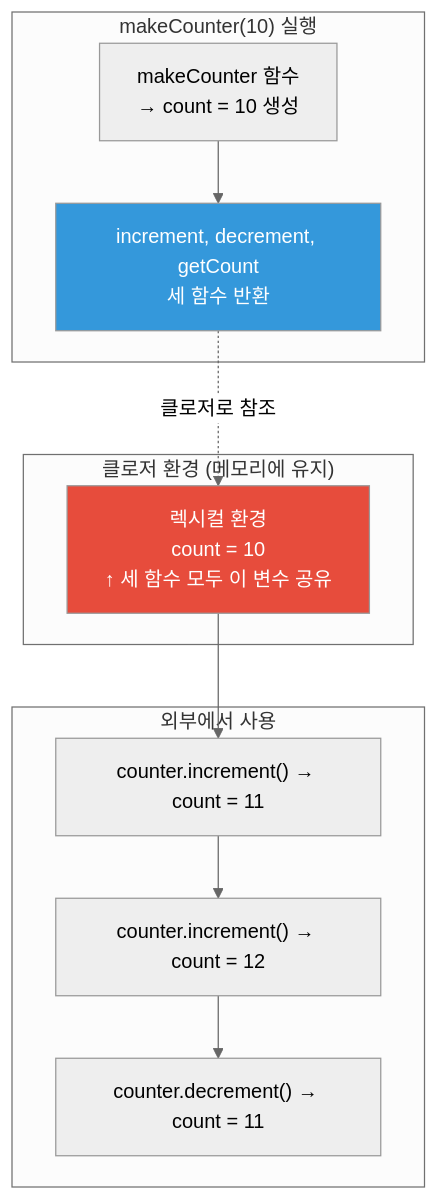
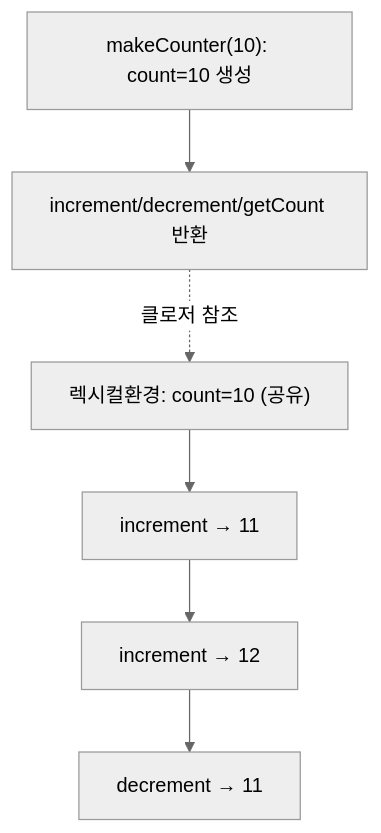
One commit to yjkim2015/yjkim2015.github.io changed the fourth of 6 diagrams in _posts/frontend/2026-05-01-javascript-core.md. Above: the diagram before and after it, drawn with Mermaid (neutral theme). The commit also changed other lines of this file and 215 other files, not shown here.

First line of the commit message:
신규 포스트 10개 추가 + Mermaid 전면 축소 + SystemDesign 시리즈 보강

````diff
--- a/_posts/frontend/2026-05-01-javascript-core.md
+++ b/_posts/frontend/2026-05-01-javascript-core.md
@@ -288,24 +252,6 @@
 ```mermaid
 flowchart TD
-    subgraph "makeCounter(10) 실행"
-        F["makeCounter 함수\n→ count = 10 생성"]
-        RET["increment, decrement, getCount\n세 함수 반환"]
-    end
-
-    subgraph "클로저 환경 (메모리에 유지)"
-        ENV["렉시컬 환경\ncount = 10\n↑ 세 함수 모두 이 변수 공유"]
-    end
-
-    subgraph "외부에서 사용"
-        USE1["counter.increment() → count = 11"]
-        USE2["counter.increment() → count = 12"]
-        USE3["counter.decrement() → count = 11"]
-    end
-
-    F --> RET
-    RET -.->|"클로저로 참조"| ENV
-    ENV --> USE1 --> USE2 --> USE3
-
-    style ENV fill:#e74c3c,color:#fff
-    style RET fill:#3498db,color:#fff
+    F["makeCounter(10): count=10 생성"] --> RET["increment/decrement/getCount 반환"]
+    RET -.->|클로저 참조| ENV["렉시컬환경: count=10 (공유)"]
+    ENV --> USE1["increment → 11"] --> USE2["increment → 12"] --> USE3["decrement → 11"]
 ```
````
